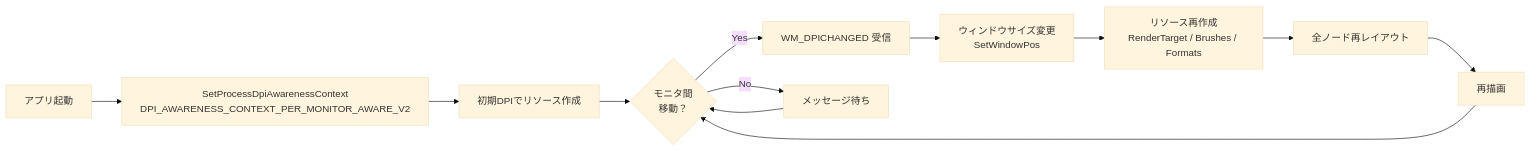
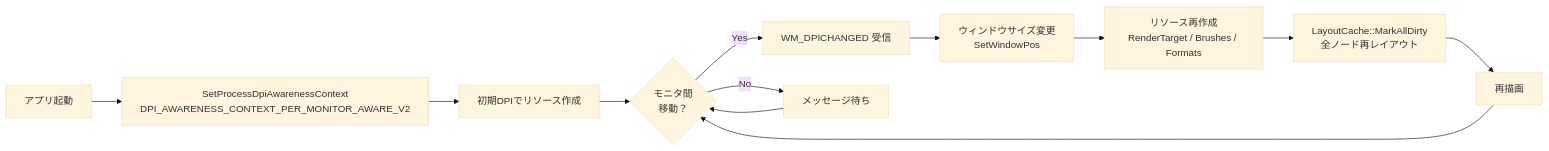
Diagram 22 of 27 in test.md (tanaton/mendo), drawn with Mermaid (base theme) before and after one commit. The commit also changed other lines of this file, not shown here.

````diff
--- a/test.md
+++ b/test.md
@@ -996,14 +1554,14 @@
 ```mermaid
 flowchart LR
     START[アプリ起動] --> SET[SetProcessDpiAwarenessContext<br>DPI_AWARENESS_CONTEXT_PER_MONITOR_AWARE_V2]
     SET --> INIT[初期DPIでリソース作成]
     INIT --> MOVE{モニタ間<br>移動？}
     MOVE -->|Yes| WM[WM_DPICHANGED 受信]
     WM --> RESIZE[ウィンドウサイズ変更<br>SetWindowPos]
     RESIZE --> RECREATE[リソース再作成<br>RenderTarget / Brushes / Formats]
-    RECREATE --> RELAYOUT[全ノード再レイアウト]
+    RECREATE --> RELAYOUT[LayoutCache::MarkAllDirty<br>全ノード再レイアウト]
     RELAYOUT --> REPAINT[再描画]
     REPAINT --> MOVE
     MOVE -->|No| WAIT[メッセージ待ち]
     WAIT --> MOVE
 ```
````
